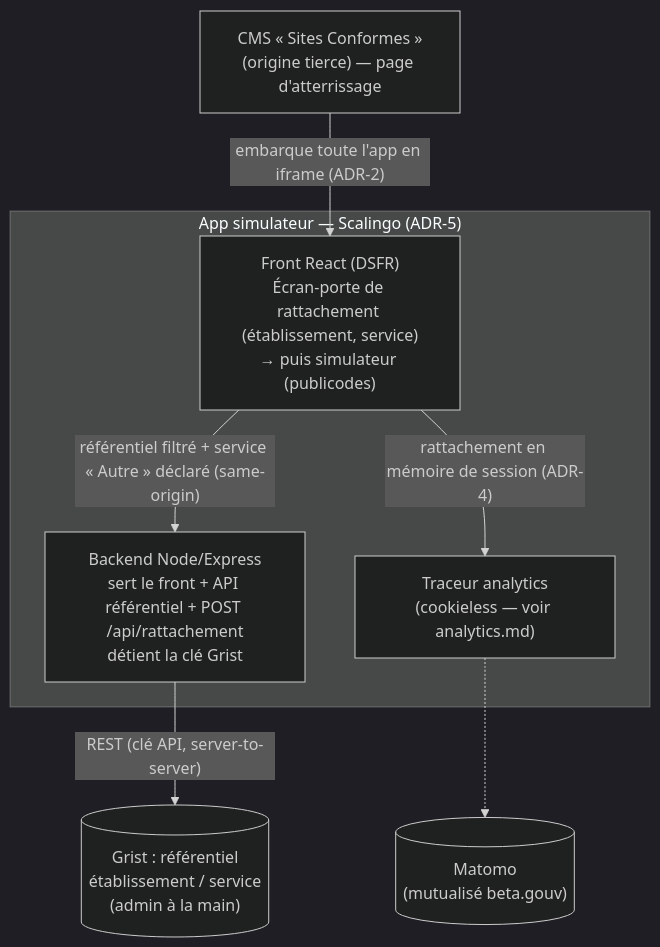
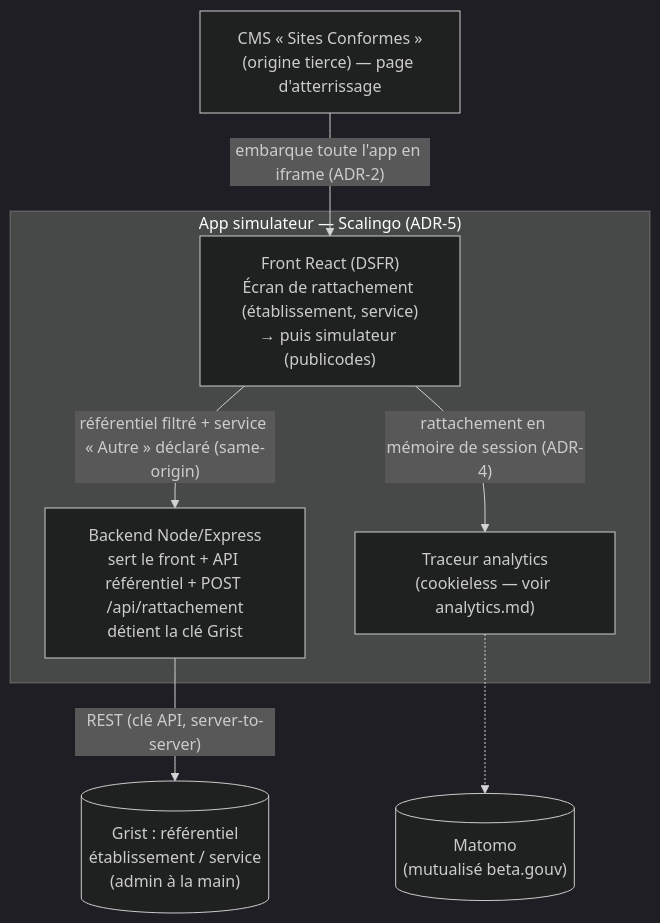
One commit to betagouv/transports-sanitaires changed the first of 2 diagrams in apps/simulateur-eligibilite/docs/knowledge/adr/identification.md. Above: the diagram before and after it, drawn with Mermaid (dark theme). The commit also changed other lines of this file and 18 other files, not shown here.

First line of the commit message:
refactor(simulateur): nomme « écran de rattachement » l'écran-porte

````diff
--- a/apps/simulateur-eligibilite/docs/knowledge/adr/identification.md
+++ b/apps/simulateur-eligibilite/docs/knowledge/adr/identification.md
@@ -187,17 +187,17 @@
 ```mermaid
 flowchart TB
     cms["CMS « Sites Conformes »<br/>(origine tierce) — page d'atterrissage"]
     subgraph scalingo["App simulateur — Scalingo (ADR-5)"]
-        front["Front React (DSFR)<br/>Écran-porte de rattachement (établissement, service)<br/>→ puis simulateur (publicodes)"]
+        front["Front React (DSFR)<br/>Écran de rattachement (établissement, service)<br/>→ puis simulateur (publicodes)"]
         api["Backend Node/Express<br/>sert le front + API référentiel + POST /api/rattachement<br/>détient la clé Grist"]
         analytics["Traceur analytics<br/>(cookieless — voir analytics.md)"]
     end
     grist[("Grist : référentiel<br/>établissement / service<br/>(admin à la main)")]
     matomo[("Matomo<br/>(mutualisé beta.gouv)")]
 
     cms -->|"embarque toute l'app en iframe (ADR-2)"| front
     front -->|"référentiel filtré + service « Autre » déclaré (same-origin)"| api
     api -->|"REST (clé API, server-to-server)"| grist
     front -->|"rattachement en mémoire de session (ADR-4)"| analytics
     analytics -.-> matomo
 ```
````
